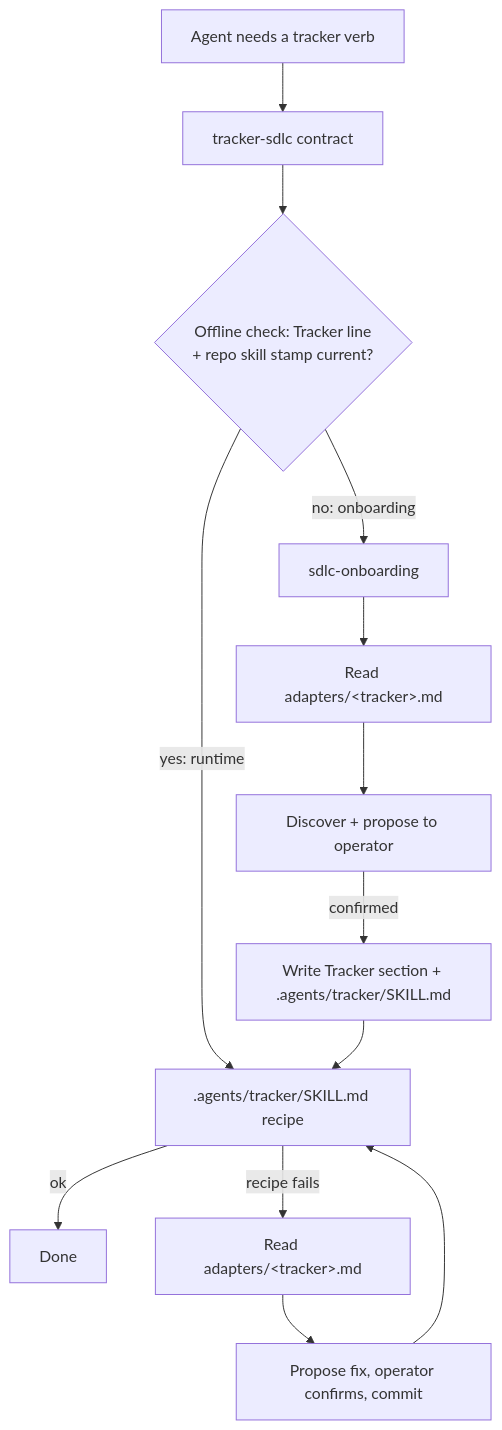
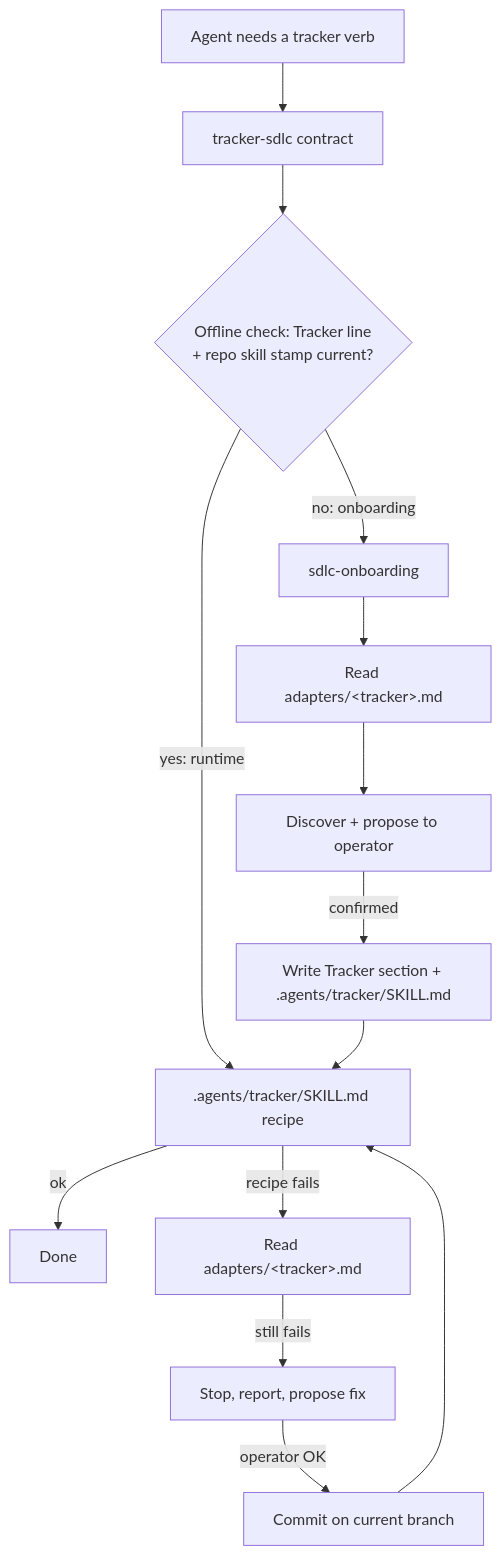
One commit to alexderz/agentic-toolbox changed the diagram in docs/tracker-sdlc/hld.md. Above: the diagram before and after it, drawn with Mermaid. The commit also changed other lines of this file and 1 other file, not shown here.

First line of the commit message:
[DER-252] Plan accepted: fold operator decisions into HLD and UX

````diff
--- a/docs/tracker-sdlc/hld.md
+++ b/docs/tracker-sdlc/hld.md
@@ -59,15 +64,16 @@
 ```mermaid
 flowchart TD
   T[Agent needs a tracker verb] --> C[tracker-sdlc contract]
   C --> A{"Offline check: Tracker line<br/>+ repo skill stamp current?"}
   A -- yes: runtime --> R[.agents/tracker/SKILL.md recipe]
   R -- ok --> D[Done]
   R -- recipe fails --> AD1[Read adapters/&lt;tracker&gt;.md]
-  AD1 --> RP[Propose fix, operator confirms, commit]
-  RP --> R
+  AD1 -- still fails --> RP[Stop, report, propose fix]
+  RP -- operator OK --> CM[Commit on current branch]
+  CM --> R
   A -- no: onboarding --> O[sdlc-onboarding]
   O --> AD2[Read adapters/&lt;tracker&gt;.md]
   AD2 --> P[Discover + propose to operator]
   P -- confirmed --> W["Write Tracker section + .agents/tracker/SKILL.md"]
   W --> R
 ```
````
